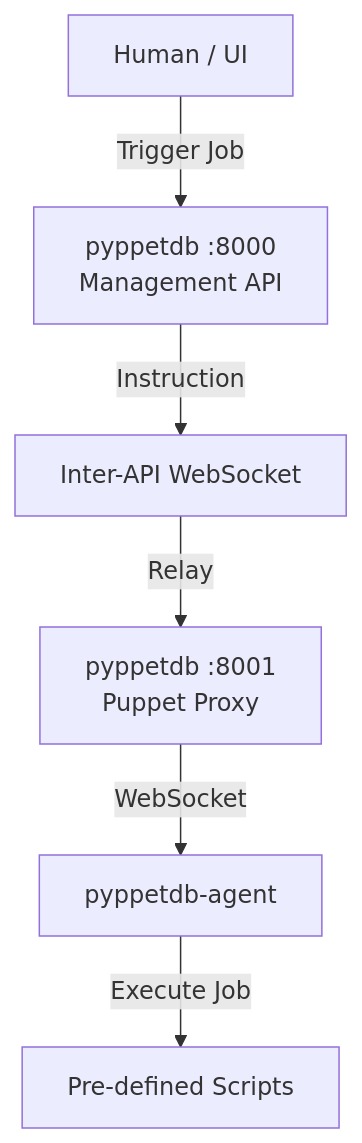
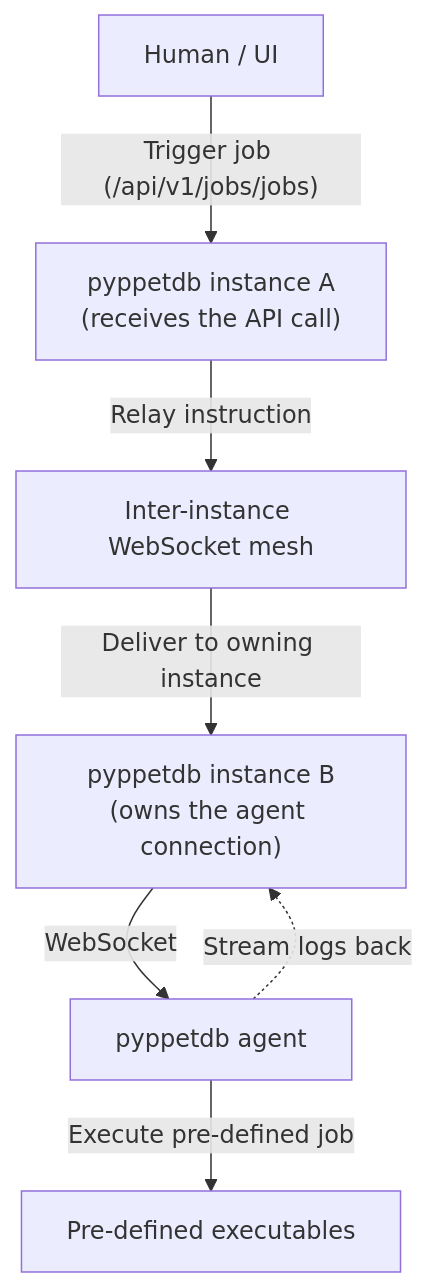
The fourth of 4 diagrams in docs/architecture.md (schlitzered/pyppetdb), drawn with Mermaid before and after one commit. The commit also changed other lines of this file and 8 other files, not shown here.

````diff
--- a/docs/architecture.md
+++ b/docs/architecture.md
@@ -95,14 +112,15 @@
 ```mermaid
 graph TD
     User[Human / UI]
-    API[pyppetdb :8000<br/>Management API]
-    WS[Inter-API WebSocket]
-    Proxy[pyppetdb :8001<br/>Puppet Proxy]
-    Agent[pyppetdb-agent]
+    API["pyppetdb instance A<br/>(receives the API call)"]
+    WS[Inter-instance WebSocket mesh]
+    Proxy["pyppetdb instance B<br/>(owns the agent connection)"]
+    Agent[pyppetdb agent]
 
-    User -- "Trigger Job" --> API
-    API -- "Instruction" --> WS
-    WS -- "Relay" --> Proxy
+    User -- "Trigger job (/api/v1/jobs/jobs)" --> API
+    API -- "Relay instruction" --> WS
+    WS -- "Deliver to owning instance" --> Proxy
     Proxy -- "WebSocket" --> Agent
-    Agent -- "Execute Job" --> Jobs[Pre-defined Scripts]
+    Agent -- "Execute pre-defined job" --> Jobs[Pre-defined executables]
+    Agent -. "Stream logs back" .-> Proxy
 ```
````
